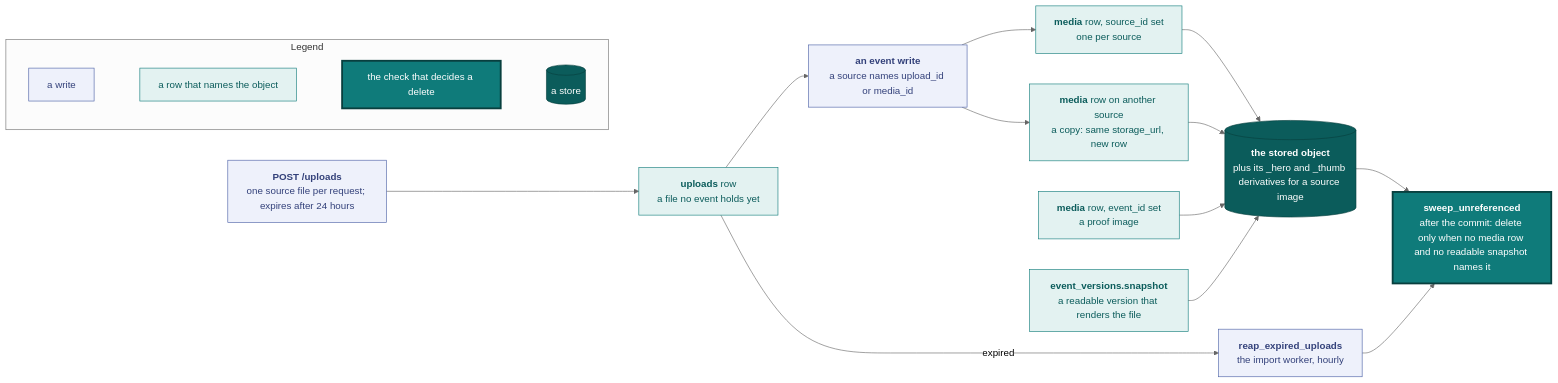
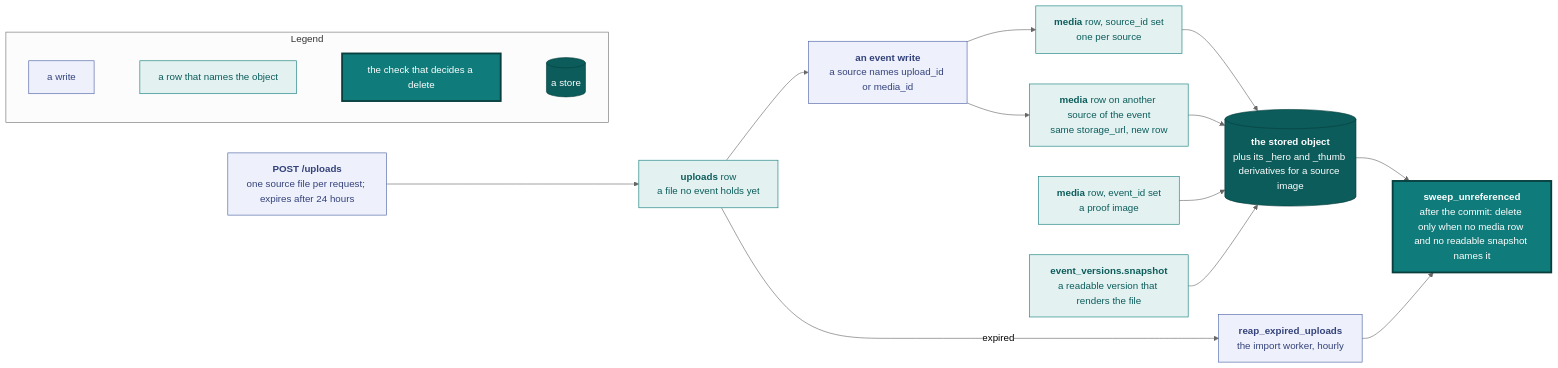
Before and after one commit to vidithq/vidit: the fourth of 4 diagrams in docs/data-model.md, drawn with Mermaid (neutral theme). The commit also changed other lines of this file and 6 other files, not shown here.

````diff
--- a/docs/data-model.md
+++ b/docs/data-model.md
@@ -1151,46 +1153,46 @@
 ```mermaid
 flowchart LR
   classDef spec fill:#eef1fb,stroke:#4a5fa5,color:#33417a
   classDef shared fill:#e3f2f1,stroke:#0f7b7a,color:#0b5c5b
   classDef core fill:#0f7b7a,stroke:#083f3e,stroke-width:3px,color:#ffffff
   classDef store fill:#0b5c5b,stroke:#083f3e,color:#ffffff
 
   subgraph legend [Legend]
     direction LR
     l1["`a write`"]:::spec
     l2["`a row that names the object`"]:::shared
     l3["`the check that decides a delete`"]:::core
     l4[("`a store`")]:::store
     l1 ~~~ l2 ~~~ l3 ~~~ l4
   end
 
   stage["`**POST /uploads**
   one source file per request; expires after 24 hours`"]:::spec
   upload["`**uploads** row
   a file no event holds yet`"]:::shared
   write["`**an event write**
   a source names upload_id or media_id`"]:::spec
   source_row["`**media** row, source_id set
   one per source`"]:::shared
-  copy_row["`**media** row on another source
-  a copy: same storage_url, new row`"]:::shared
+  copy_row["`**media** row on another source of the event
+  same storage_url, new row`"]:::shared
   proof_row["`**media** row, event_id set
   a proof image`"]:::shared
   snapshot["`**event_versions.snapshot**
   a readable version that renders the file`"]:::shared
   object[("`**the stored object**
   plus its _hero and _thumb derivatives for a source image`")]:::store
   sweep["`**sweep_unreferenced**
   after the commit: delete only when no media row and no readable snapshot names it`"]:::core
   reaper["`**reap_expired_uploads**
   the import worker, hourly`"]:::spec
 
   stage --> upload --> write --> source_row
   write --> copy_row
   source_row --> object
   copy_row --> object
   proof_row --> object
   snapshot --> object
   object --> sweep
   upload -- "expired" --> reaper --> sweep
 ```
````
